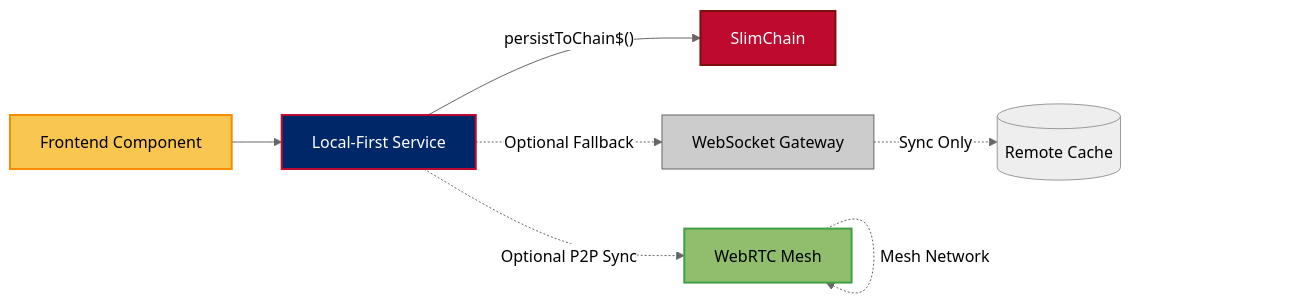
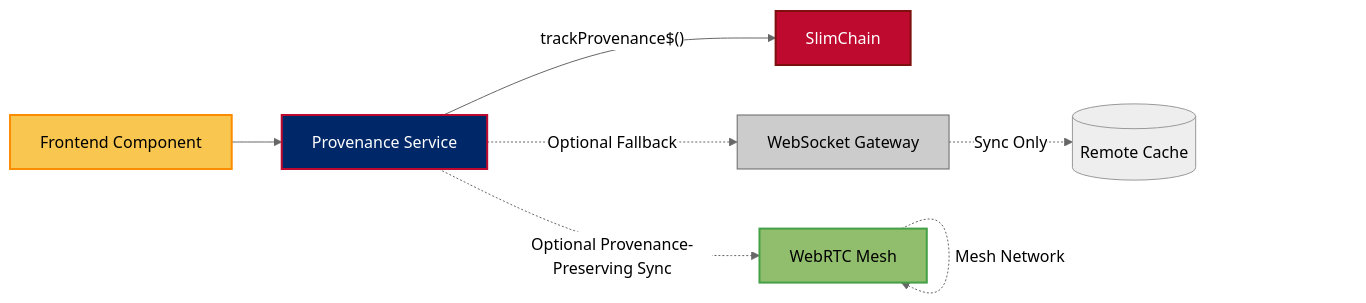
Before and after one commit to JeffreySanford/forge-board: the seventh of 7 diagrams in forgeboard-frontend/src/assets/documentation/CODING-STANDARDS.md, drawn with Mermaid (neutral theme). The commit also changed other lines of this file and 13 other files, not shown here.

````diff
--- a/forgeboard-frontend/src/assets/documentation/CODING-STANDARDS.md
+++ b/forgeboard-frontend/src/assets/documentation/CODING-STANDARDS.md
@@ -203,16 +215,16 @@
 ```mermaid
 flowchart LR
-  FE[Frontend Component]:::component --> SVC[Local-First Service]:::service
-  SVC -->|"persistToChain$()"| CHAIN[SlimChain]:::chain
-  SVC -.->|"Optional P2P Sync"| P2P[WebRTC Mesh]:::p2p
+  FE[Frontend Component]:::component --> SVC[Provenance Service]:::service
+  SVC -->|"trackProvenance$()"| CHAIN[SlimChain]:::chain
+  SVC -.->|"Optional Provenance-Preserving Sync"| P2P[WebRTC Mesh]:::p2p
   SVC -.->|"Optional Fallback"| WS[WebSocket Gateway]:::backend
   P2P -.->|"Mesh Network"| P2P
   WS -.->|"Sync Only"| DB[(Remote Cache)]:::db
   
   classDef component fill:#F9C74F,stroke:#FB8C00,stroke-width:2px;
   classDef service fill:#002868,stroke:#BF0A30,stroke-width:2px,color:#FFFFFF;
   classDef chain fill:#BF0A30,stroke:#7D100E,stroke-width:2px,color:#FFFFFF;
   classDef p2p fill:#90BE6D,stroke:#43A047,stroke-width:2px;
   classDef backend fill:#CCCCCC,stroke:#666666,stroke-width:1px;
   classDef db fill:#EEEEEE,stroke:#999999,stroke-width:1px;
 ```
````
